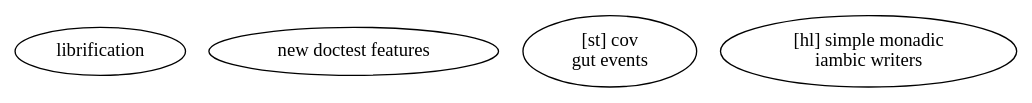
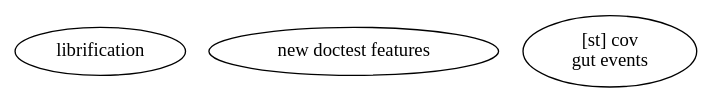
Before and after one commit to hipe/tmx: the diagram in doc/the-big-picture-of-now-02.dot, drawn with Graphviz. The commit also changed 37 other files, not shown here.

```diff
--- a/doc/the-big-picture-of-now-02.dot
+++ b/doc/the-big-picture-of-now-02.dot
@@ -1,11 +1,9 @@
 digraph {
 
   lib [label="librification"]
 
   dct [label="new doctest features"]
 
   st_009 [label="[st] cov\ngut events"]
 
-  xx [label="[hl] simple monadic\niambic writers"]
-
 }
```
